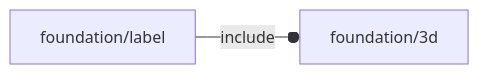
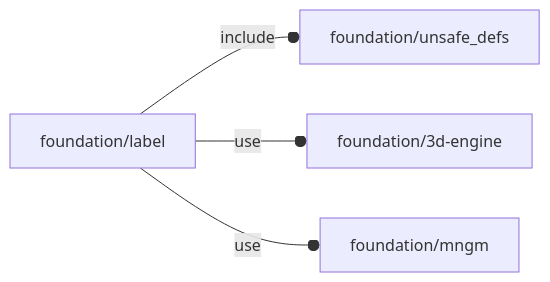
The diagram in orthodocs/foundation/label.md (ggabbiani/OFL), drawn with Mermaid before and after one commit. The commit also changed other lines of this file and 74 other files, not shown here.

````diff
--- a/orthodocs/foundation/label.md
+++ b/orthodocs/foundation/label.md
@@ -5,4 +5,6 @@
 ```mermaid
 graph LR
-    A1[foundation/label] --o|include| A2[foundation/3d]
+    A1[foundation/label] --o|include| A2[foundation/unsafe_defs]
+    A1 --o|use| A3[foundation/3d-engine]
+    A1 --o|use| A4[foundation/mngm]
 ```
````
